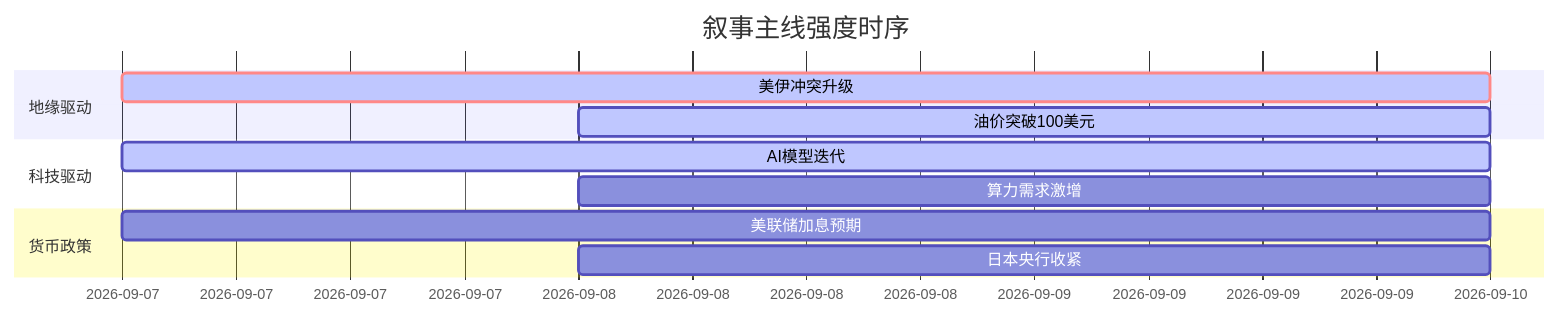
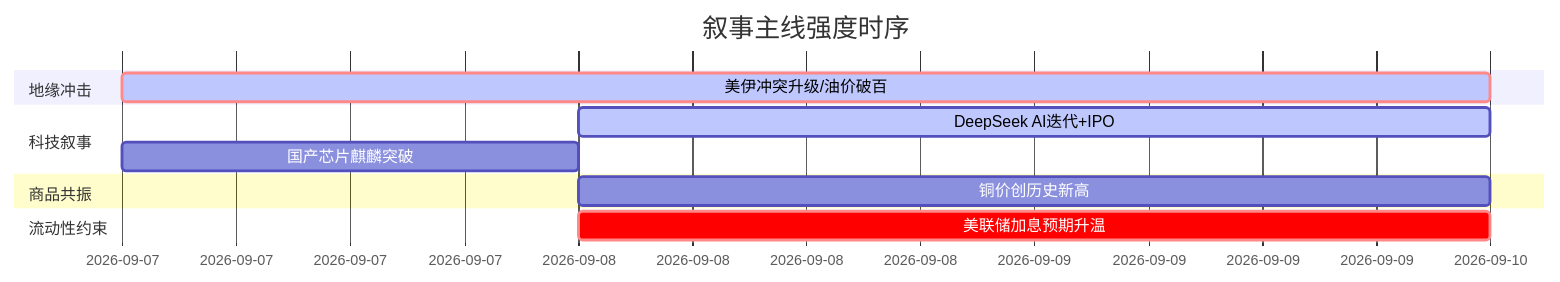
One commit to uu5zn/uu5zn.github.io changed the diagram in 5day_report.md. Above: the diagram before and after it, drawn with Mermaid. The commit also changed other lines of this file and 24 other files, not shown here.

````diff
--- a/5day_report.md
+++ b/5day_report.md
@@ -67,16 +58,14 @@
 ```mermaid
 gantt
     title 叙事主线强度时序
-    dateFormat  YYYY-MM-DD
-    section 地缘驱动
-    美伊冲突升级    :crit, active, 2026-09-07, 3d
-    油价突破100美元  :active, 2026-09-08, 2d
-    
-    section 科技驱动
-    AI模型迭代     :active, 2026-09-07, 3d
-    算力需求激增    :2026-09-08, 2d
-    
-    section 货币政策
-    美联储加息预期  :2026-09-07, 3d
-    日本央行收紧    :2026-09-08, 2d
+    dateFormat YYYY-MM-DD
+    section 地缘冲击
+    美伊冲突升级/油价破百   :crit, active, 2026-09-07, 3d
+    section 科技叙事
+    DeepSeek AI迭代+IPO    :active, 2026-09-08, 2d
+    国产芯片麒麟突破        :2026-09-07, 1d
+    section 商品共振
+    铜价创历史新高          :2026-09-08, 2d
+    section 流动性约束
+    美联储加息预期升温      :crit, 2026-09-08, 2d
 ```
````
